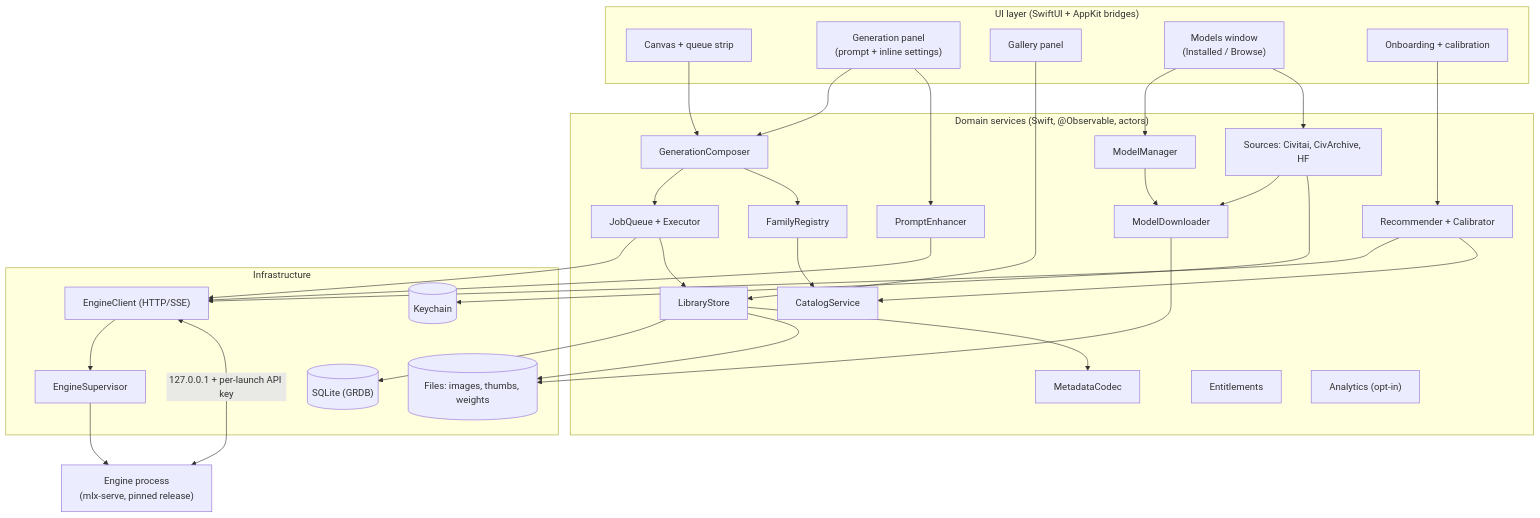
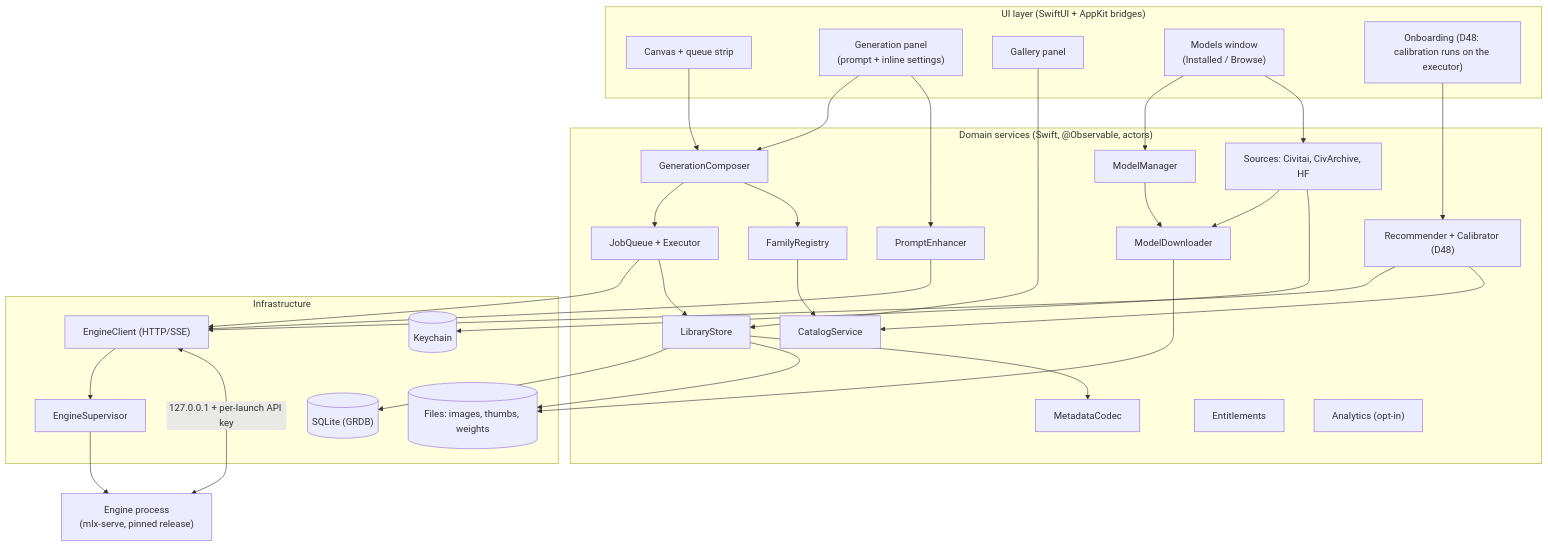
Before and after one commit to fearless-holdings/mlx-create: the second of 5 diagrams in docs/HLD.md, drawn with Mermaid. The commit also changed other lines of this file and 2 other files, not shown here.

Commit message:
docs(calibration): D48 and calibration LLD (U1)

````diff
--- a/docs/HLD.md
+++ b/docs/HLD.md
@@ -143,55 +144,55 @@
 ```mermaid
 flowchart TB
   subgraph UI["UI layer (SwiftUI + AppKit bridges)"]
     canvas["Canvas + queue strip"]
     prompt["Generation panel<br/>(prompt + inline settings)"]
     gallery["Gallery panel"]
     models["Models window<br/>(Installed / Browse)"]
-    onboarding["Onboarding + calibration"]
+    onboarding["Onboarding (D48: calibration runs on the executor)"]
   end
 
   subgraph Domain["Domain services (Swift, @Observable, actors)"]
     composer["GenerationComposer"]
     queue["JobQueue + Executor"]
     enhancer["PromptEnhancer"]
     library["LibraryStore"]
     meta["MetadataCodec"]
     families["FamilyRegistry"]
     catalog["CatalogService"]
-    recommender["Recommender + Calibrator"]
+    recommender["Recommender + Calibrator (D48)"]
     modelmgr["ModelManager"]
     sources["Sources: Civitai, CivArchive, HF"]
     downloads["ModelDownloader"]
     ent["Entitlements"]
     telemetry["Analytics (opt-in)"]
   end
 
   subgraph Infra["Infrastructure"]
     supervisor["EngineSupervisor"]
     client["EngineClient (HTTP/SSE)"]
     db[("SQLite (GRDB)")]
     files[("Files: images, thumbs, weights")]
     keychain[("Keychain")]
   end
 
   engine["Engine process<br/>(mlx-serve, pinned release)"]
 
   canvas & prompt --> composer --> queue
   prompt --> enhancer
   gallery --> library
   models --> modelmgr & sources
   onboarding --> recommender
   queue --> client
   enhancer --> client
   recommender --> client
   queue --> library --> db & files
   library --> meta
   composer --> families
   families --> catalog
   recommender --> catalog
   modelmgr --> downloads --> files
   sources --> downloads
   sources --> keychain
   client --> supervisor --> engine
   client <-->|"127.0.0.1 + per-launch API key"| engine
 ```
````
